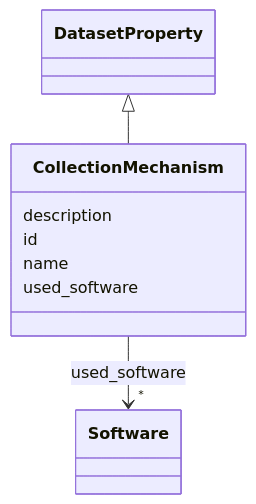
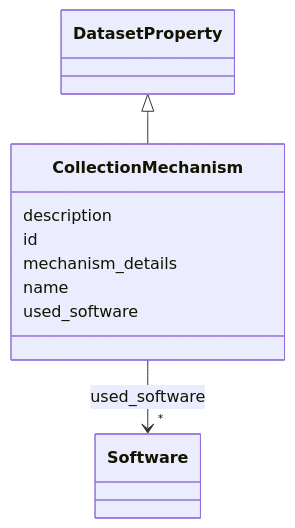
The diagram in docs/CollectionMechanism.md (bridge2ai/data-sheets-schema), drawn with Mermaid before and after one commit. The commit also changed other lines of this file and 682 other files, not shown here.

````diff
--- a/docs/CollectionMechanism.md
+++ b/docs/CollectionMechanism.md
@@ -20,26 +20,28 @@
 ```mermaid
  classDiagram
     class CollectionMechanism
     click CollectionMechanism href "../CollectionMechanism/"
       DatasetProperty <|-- CollectionMechanism
         click DatasetProperty href "../DatasetProperty/"
       
       CollectionMechanism : description
         
       CollectionMechanism : id
+        
+      CollectionMechanism : mechanism_details
         
       CollectionMechanism : name
         
       CollectionMechanism : used_software
         
           
     
         
         
         CollectionMechanism --> "*" Software : used_software
         click Software href "../Software/"
     
 
         
       
 ```
````
